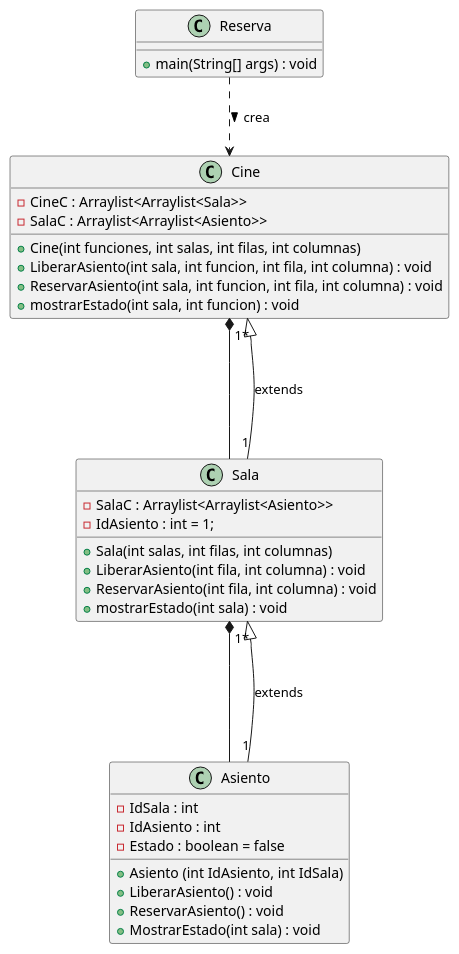
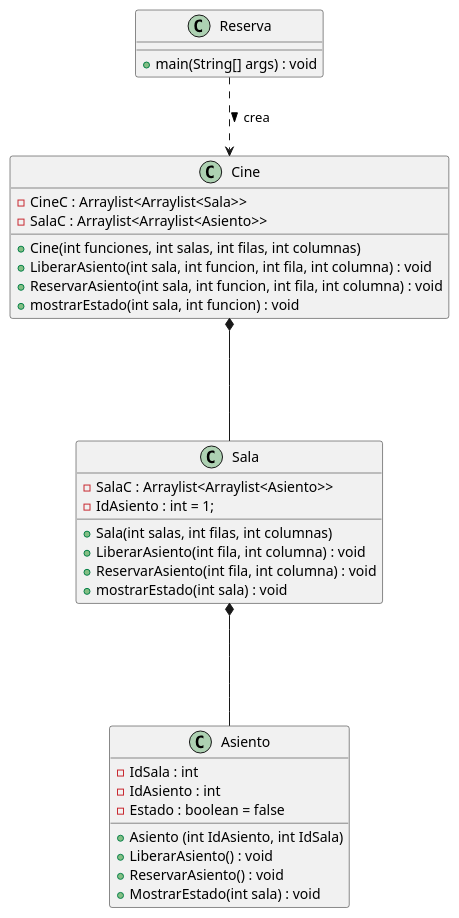
One commit to Kuripipeer/PR_Sistema_de_reservas_cine changed the diagram in src/Diagrama_Cine.puml. Above: the diagram before and after it, drawn with PlantUML. The commit also changed 9 other files, not shown here.

```diff
--- a/src/Diagrama_Cine.puml
+++ b/src/Diagrama_Cine.puml
@@ -1,41 +1,39 @@
 @startuml Sistema de reservas para cine
 
 class Asiento {
     - IdSala : int
     - IdAsiento : int
     - Estado : boolean = false
     + Asiento (int IdAsiento, int IdSala)
     + LiberarAsiento() : void
     + ReservarAsiento() : void
     + MostrarEstado(int sala) : void
 }
 
 class Sala{
     - SalaC : Arraylist<Arraylist<Asiento>>
     - IdAsiento : int = 1;
     + Sala(int salas, int filas, int columnas)
     + LiberarAsiento(int fila, int columna) : void
     + ReservarAsiento(int fila, int columna) : void
     + mostrarEstado(int sala) : void
 }
 
 class Cine{
     - CineC : Arraylist<Arraylist<Sala>>
     - SalaC : Arraylist<Arraylist<Asiento>>
     + Cine(int funciones, int salas, int filas, int columnas)
     + LiberarAsiento(int sala, int funcion, int fila, int columna) : void
     + ReservarAsiento(int sala, int funcion, int fila, int columna) : void
     + mostrarEstado(int sala, int funcion) : void
 }
 
 class Reserva {
     + main(String[] args) : void
 }
 
 Cine *--- Sala
 Sala *--- Asiento
-Sala "1*" <|-- "1" Asiento : extends
-Cine "1*" <|-- "1" Sala : extends
 Reserva ..> Cine : crea >
 
 @enduml
```
